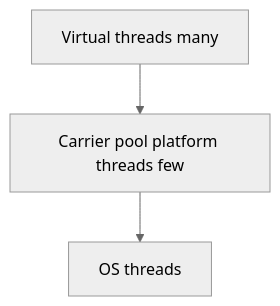
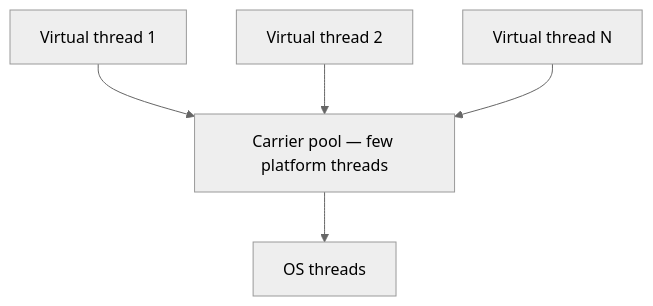
Before and after one commit to lostfromlight1/java-handbook: the first of 2 diagrams in 24-concurrency-and-multithreading/05-virtual-threads-and-structured-concurrency.md, drawn with Mermaid (neutral theme). The commit also changed other lines of this file and 4 other files, not shown here.

````diff
--- a/24-concurrency-and-multithreading/05-virtual-threads-and-structured-concurrency.md
+++ b/24-concurrency-and-multithreading/05-virtual-threads-and-structured-concurrency.md
@@ -52,7 +138,12 @@
 ```mermaid
 flowchart TB
-    VT[Virtual threads many]
-    CP[Carrier pool platform threads few]
-    VT --> CP
-    CP --> OS[OS threads]
+    VT1[Virtual thread 1]
+    VT2[Virtual thread 2]
+    VT3[Virtual thread N]
+    CP[Carrier pool — few platform threads]
+    OS[OS threads]
+    VT1 --> CP
+    VT2 --> CP
+    VT3 --> CP
+    CP --> OS
 ```
````
